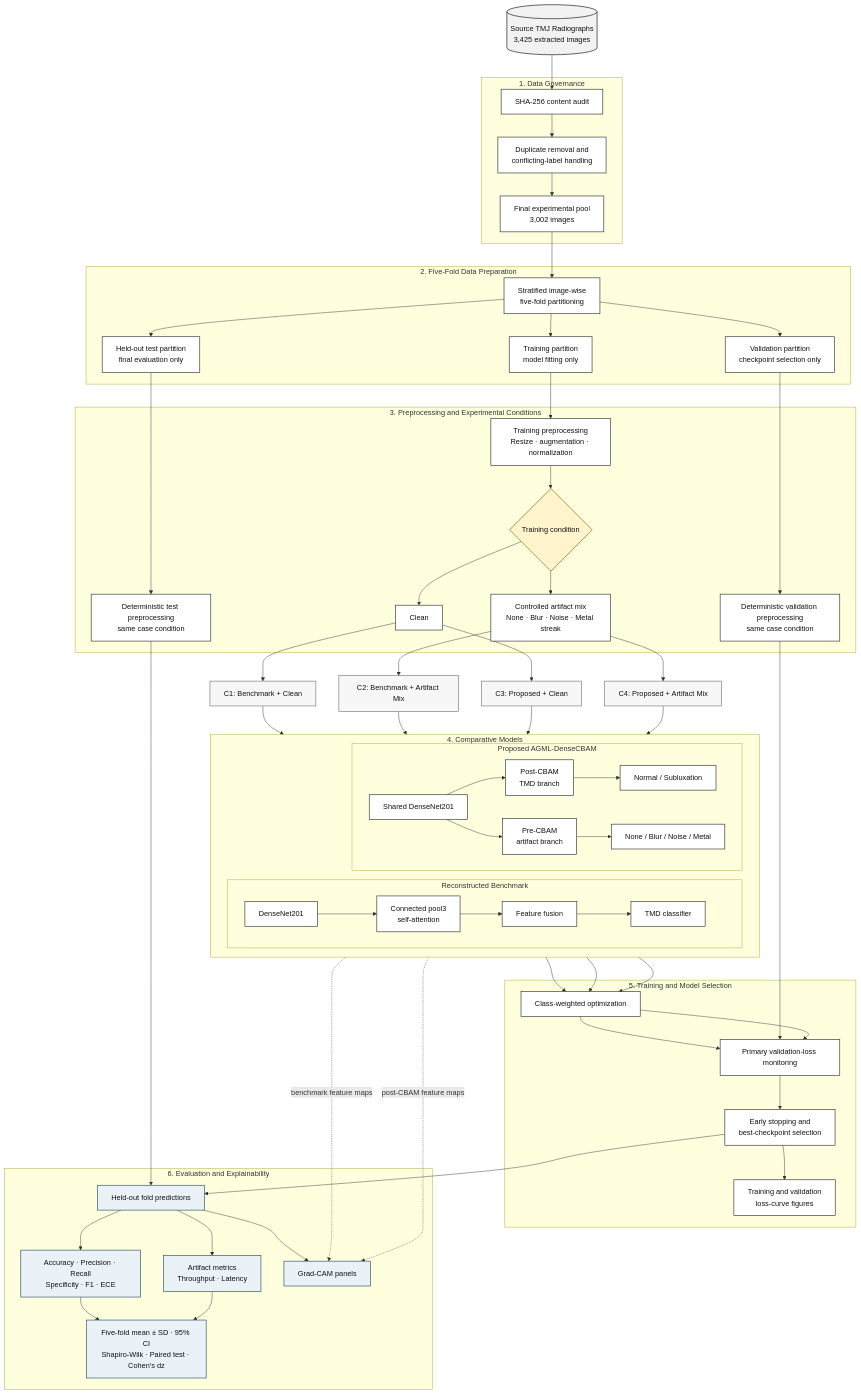
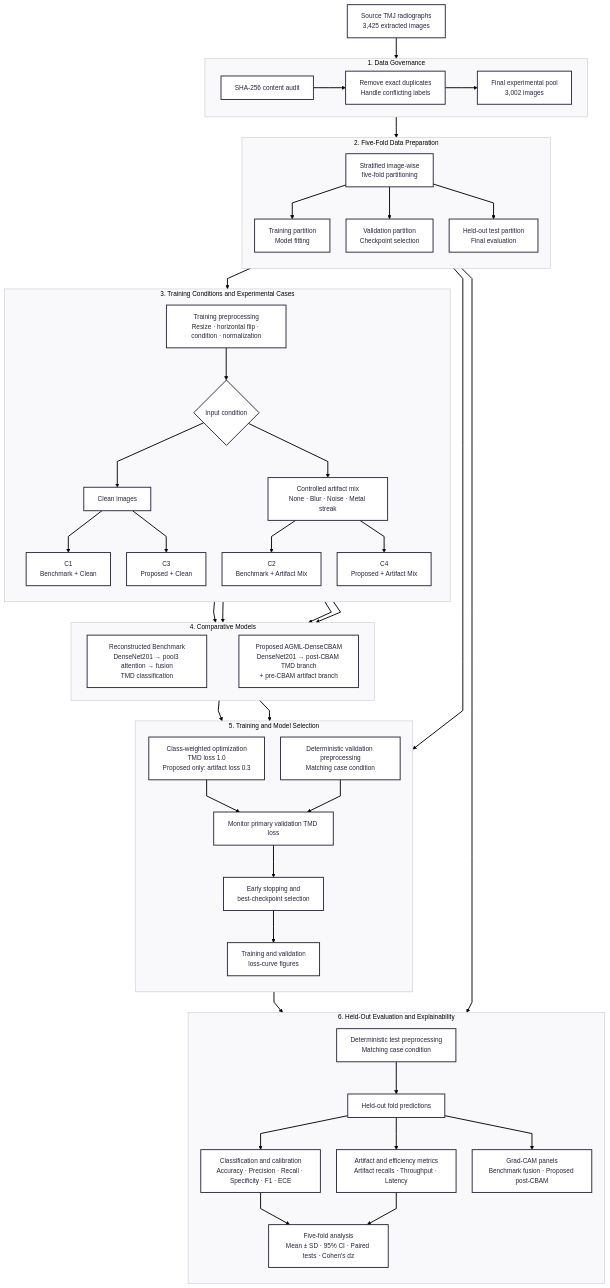
One commit to Shrxmy/AGML-DenseCBAM changed the first of 2 diagrams in docs/UPDATED_SYSTEM_ARCHITECTURE.md. Above: the diagram before and after it, drawn with Mermaid. The commit also changed other lines of this file and 4 other files, not shown here.

Commit message:
Refine architecture diagrams and document modules

````diff
--- a/docs/UPDATED_SYSTEM_ARCHITECTURE.md
+++ b/docs/UPDATED_SYSTEM_ARCHITECTURE.md
@@ -7,107 +16,104 @@
 ```mermaid
+---
+config:
+  layout: dagre
+  theme: redux
+  flowchart:
+    curve: linear
+    nodeSpacing: 35
+    rankSpacing: 45
+---
 flowchart TB
-    A[("Source TMJ Radiographs<br/>3,425 extracted images")]
+    A["Source TMJ radiographs<br/>3,425 extracted images"]
 
     subgraph S1["1. Data Governance"]
+        direction LR
         B["SHA-256 content audit"]
-        C["Duplicate removal and<br/>conflicting-label handling"]
+        C["Remove exact duplicates<br/>Handle conflicting labels"]
         D["Final experimental pool<br/>3,002 images"]
+        B --> C --> D
     end
 
     subgraph S2["2. Five-Fold Data Preparation"]
+        direction TB
         E["Stratified image-wise<br/>five-fold partitioning"]
-        F["Training partition<br/>model fitting only"]
-        G["Validation partition<br/>checkpoint selection only"]
-        H["Held-out test partition<br/>final evaluation only"]
+        F["Training partition<br/>Model fitting"]
+        G["Validation partition<br/>Checkpoint selection"]
+        H["Held-out test partition<br/>Final evaluation"]
+        E --> F
+        E --> G
+        E --> H
     end
 
-    subgraph S3["3. Preprocessing and Experimental Conditions"]
-        I["Training preprocessing<br/>Resize · augmentation · normalization"]
-        J{"Training condition"}
-        K["Clean"]
+    subgraph S3["3. Training Conditions and Experimental Cases"]
+        direction TB
+        I["Training preprocessing<br/>Resize · horizontal flip · condition · normalization"]
+        J{"Input condition"}
+        K["Clean images"]
         L["Controlled artifact mix<br/>None · Blur · Noise · Metal streak"]
-        M["Deterministic validation preprocessing<br/>same case condition"]
-        MA["Deterministic test preprocessing<br/>same case condition"]
+        C1["C1<br/>Benchmark + Clean"]
+        C2["C2<br/>Benchmark + Artifact Mix"]
+        C3["C3<br/>Proposed + Clean"]
+        C4["C4<br/>Proposed + Artifact Mix"]
+
+        I --> J
+        J --> K
+        J --> L
+        K --> C1
+        K --> C3
+        L --> C2
+        L --> C4
     end
 
     subgraph S4["4. Comparative Models"]
         direction LR
-
-        subgraph BM["Reconstructed Benchmark"]
-            B1["DenseNet201"]
-            B2["Connected pool3<br/>self-attention"]
-            B3["Feature fusion"]
-            B4["TMD classifier"]
-            B1 --> B2 --> B3 --> B4
-        end
-
-        subgraph PM["Proposed AGML-DenseCBAM"]
-            P1["Shared DenseNet201"]
-            P2["Post-CBAM<br/>TMD branch"]
-            P3["Pre-CBAM<br/>artifact branch"]
-            P4["Normal / Subluxation"]
-            P5["None / Blur / Noise / Metal"]
-            P1 --> P2 --> P4
-            P1 --> P3 --> P5
-        end
+        BM["Reconstructed Benchmark<br/>DenseNet201 → pool3 attention → fusion<br/>TMD classification"]
+        PM["Proposed AGML-DenseCBAM<br/>DenseNet201 → post-CBAM TMD branch<br/>+ pre-CBAM artifact branch"]
+        BM ~~~ PM
     end
 
     subgraph S5["5. Training and Model Selection"]
-        N["Class-weighted optimization"]
-        O["Primary validation-loss monitoring"]
+        direction TB
+        N["Class-weighted optimization<br/>TMD loss 1.0<br/>Proposed only: artifact loss 0.3"]
+        M["Deterministic validation preprocessing<br/>Matching case condition"]
+        O["Monitor primary validation TMD loss"]
         Q["Early stopping and<br/>best-checkpoint selection"]
         R["Training and validation<br/>loss-curve figures"]
-        N --> O --> Q --> R
+        N --> O --> Q
+        M --> O
+        Q --> R
     end
 
-    subgraph S6["6. Evaluation and Explainability"]
+    subgraph S6["6. Held-Out Evaluation and Explainability"]
+        direction TB
+        T0["Deterministic test preprocessing<br/>Matching case condition"]
         T["Held-out fold predictions"]
-        U["Accuracy · Precision · Recall<br/>Specificity · F1 · ECE"]
-        V["Artifact metrics<br/>Throughput · Latency"]
-        W["Grad-CAM panels"]
-        X["Five-fold mean ± SD · 95% CI<br/>Shapiro-Wilk · Paired test · Cohen's dz"]
-        T --> U --> X
-        T --> V --> X
+        U["Classification and calibration<br/>Accuracy · Precision · Recall · Specificity · F1 · ECE"]
+        V["Artifact and efficiency metrics<br/>Artifact recalls · Throughput · Latency"]
+        W["Grad-CAM panels<br/>Benchmark fusion · Proposed post-CBAM"]
+        X["Five-fold analysis<br/>Mean ± SD · 95% CI · Paired tests · Cohen's dz"]
+
+        T0 --> T
+        T --> U
+        T --> V
         T --> W
+        U --> X
+        V --> X
     end
 
-    Y["C1: Benchmark + Clean"]
-    Z["C2: Benchmark + Artifact Mix"]
-    AA["C3: Proposed + Clean"]
-    AB["C4: Proposed + Artifact Mix"]
+    A --> B
+    D --> E
+    F --> I
 
-    A --> B --> C --> D --> E
-    E --> F
-    E --> G
-    E --> H
-    F --> I --> J
-    J --> K
-    J --> L
-    G --> M --> O
-    H --> MA --> T
+    C1 --> BM
+    C2 --> BM
+    C3 --> PM
+    C4 --> PM
 
-    K --> Y --> B1
-    L --> Z --> B1
-    K --> AA --> P1
-    L --> AB --> P1
+    BM --> N
+    PM --> N
 
-    B4 --> N
-    P4 --> N
-    P5 --> N
-    N --> O
-    Q --> T
-    B3 -.->|"benchmark feature maps"| W
-    P2 -.->|"post-CBAM feature maps"| W
-
-    classDef stage fill:#FFFFFF,stroke:#333333,color:#111111,stroke-width:1.4px;
-    classDef source fill:#F2F2F2,stroke:#222222,color:#111111,stroke-width:1.5px;
-    classDef decision fill:#FFF4CC,stroke:#806000,color:#111111,stroke-width:1.4px;
-    classDef output fill:#EAF2F8,stroke:#24536B,color:#111111,stroke-width:1.4px;
-    classDef caseNode fill:#F7F7F7,stroke:#666666,color:#111111,stroke-width:1.2px;
-
-    class A source;
-    class B,C,D,E,F,G,H,I,K,L,M,MA,B1,B2,B3,B4,P1,P2,P3,P4,P5,N,O,Q,R stage;
-    class J decision;
-    class T,U,V,W,X output;
-    class Y,Z,AA,AB caseNode;
+    G --> M
+    H --> T0
+    Q --> T0
 ```
````
